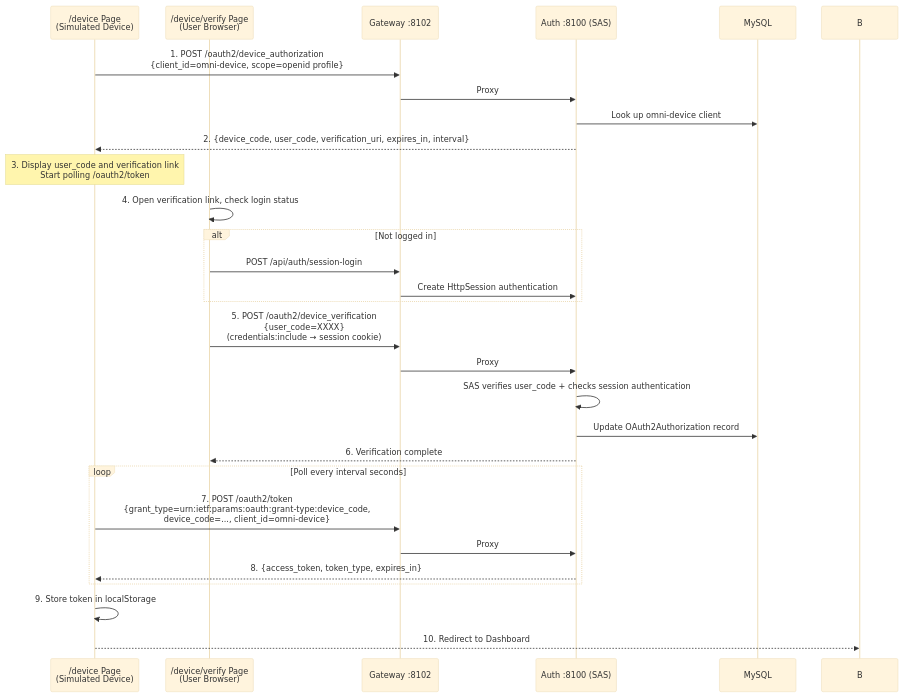
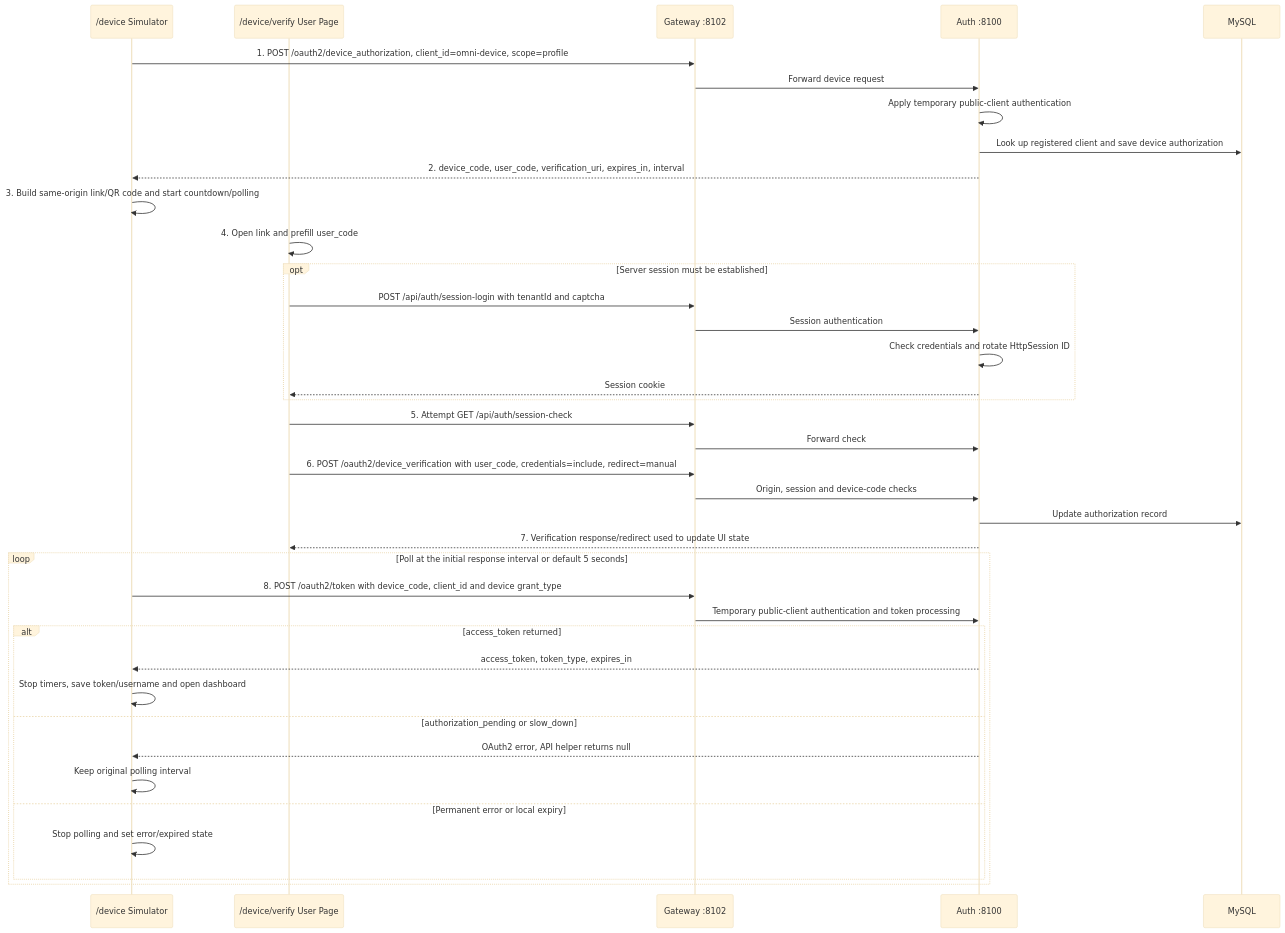
One commit to wang-baohai/Omni-Stack changed the third of 21 diagrams in docs/core-flows.en.md. Above: the diagram before and after it, drawn with Mermaid (base theme). The commit also changed other lines of this file and 1095 other files, not shown here.

````diff
--- a/docs/core-flows.en.md
+++ b/docs/core-flows.en.md
@@ -347,36 +253,41 @@
 ```mermaid
 sequenceDiagram
-    participant D as /device Page<br/>(Simulated Device)
-    participant V as /device/verify Page<br/>(User Browser)
+    participant D as /device Simulator
+    participant V as /device/verify User Page
     participant G as Gateway :8102
-    participant A as Auth :8100 (SAS)
+    participant A as Auth :8100
     participant M as MySQL
 
-    D->>G: 1. POST /oauth2/device_authorization<br/>{client_id=omni-device, scope=openid profile}
-    G->>A: Proxy
-    A->>M: Look up omni-device client
-    A-->>D: 2. {device_code, user_code, verification_uri, expires_in, interval}
-
-    Note over D: 3. Display user_code and verification link<br/>Start polling /oauth2/token
-
-    V->>V: 4. Open verification link, check login status
-    alt Not logged in
-        V->>G: POST /api/auth/session-login
-        G->>A: Create HttpSession authentication
+    D->>G: 1. POST /oauth2/device_authorization, client_id=omni-device, scope=profile
+    G->>A: Forward device request
+    A->>A: Apply temporary public-client authentication
+    A->>M: Look up registered client and save device authorization
+    A-->>D: 2. device_code, user_code, verification_uri, expires_in, interval
+    D->>D: 3. Build same-origin link/QR code and start countdown/polling
+    V->>V: 4. Open link and prefill user_code
+    opt Server session must be established
+    V->>G: POST /api/auth/session-login with tenantId and captcha
+    G->>A: Session authentication
+    A->>A: Check credentials and rotate HttpSession ID
+    A-->>V: Session cookie
     end
-
-    V->>G: 5. POST /oauth2/device_verification<br/>{user_code=XXXX}<br/>(credentials:include → session cookie)
-    G->>A: Proxy
-    A->>A: SAS verifies user_code + checks session authentication
-    A->>M: Update OAuth2Authorization record
-    A-->>V: 6. Verification complete
-
-    loop Poll every interval seconds
-        D->>G: 7. POST /oauth2/token<br/>{grant_type=urn:ietf:params:oauth:grant-type:device_code,<br/>device_code=..., client_id=omni-device}
-        G->>A: Proxy
-        A-->>D: 8. {access_token, token_type, expires_in}
+    V->>G: 5. Attempt GET /api/auth/session-check
+    G->>A: Forward check
+    V->>G: 6. POST /oauth2/device_verification with user_code, credentials=include, redirect=manual
+    G->>A: Origin, session and device-code checks
+    A->>M: Update authorization record
+    A-->>V: 7. Verification response/redirect used to update UI state
+    loop Poll at the initial response interval or default 5 seconds
+    D->>G: 8. POST /oauth2/token with device_code, client_id and device grant_type
+    G->>A: Temporary public-client authentication and token processing
+    alt access_token returned
+    A-->>D: access_token, token_type, expires_in
+    D->>D: Stop timers, save token/username and open dashboard
+    else authorization_pending or slow_down
+    A-->>D: OAuth2 error, API helper returns null
+    D->>D: Keep original polling interval
+    else Permanent error or local expiry
+    D->>D: Stop polling and set error/expired state
     end
-
-    D->>D: 9. Store token in localStorage
-    D-->>B: 10. Redirect to Dashboard
+    end
 ```
````
